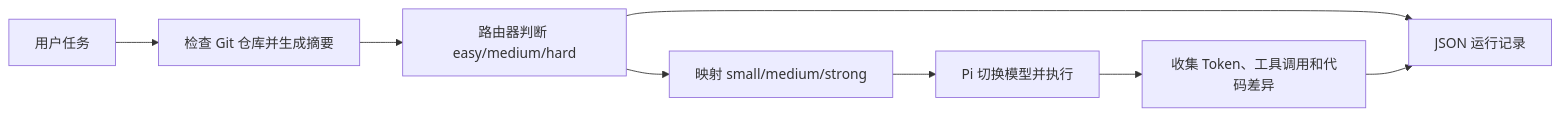
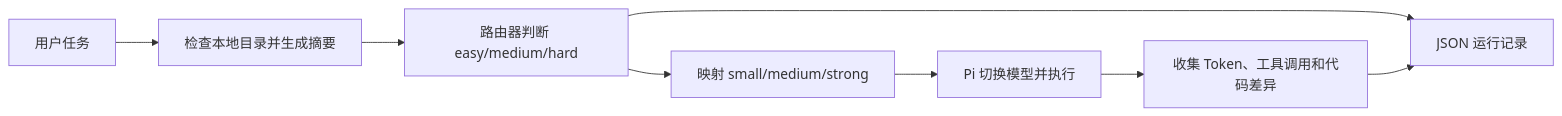
The diagram in docs/architecture.md (tinksfh/RouterCoder-Coding-Agent), drawn with Mermaid before and after one commit. The commit also changed other lines of this file and 14 other files, not shown here.

````diff
--- a/docs/architecture.md
+++ b/docs/architecture.md
@@ -22,10 +22,10 @@
 ```mermaid
 flowchart LR
-  A[用户任务] --> B[检查 Git 仓库并生成摘要]
+  A[用户任务] --> B[检查本地目录并生成摘要]
   B --> C[路由器判断 easy/medium/hard]
   C --> D[映射 small/medium/strong]
   D --> E[Pi 切换模型并执行]
   E --> F[收集 Token、工具调用和代码差异]
   C --> G[JSON 运行记录]
   F --> G
 ```
````
